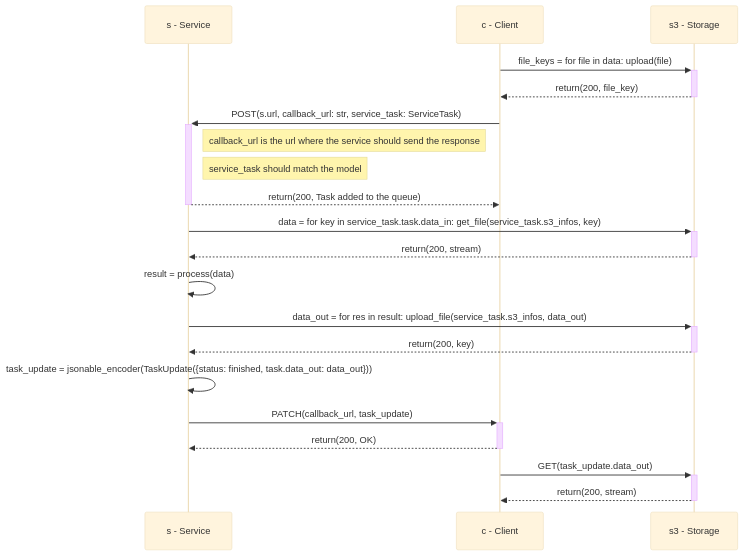
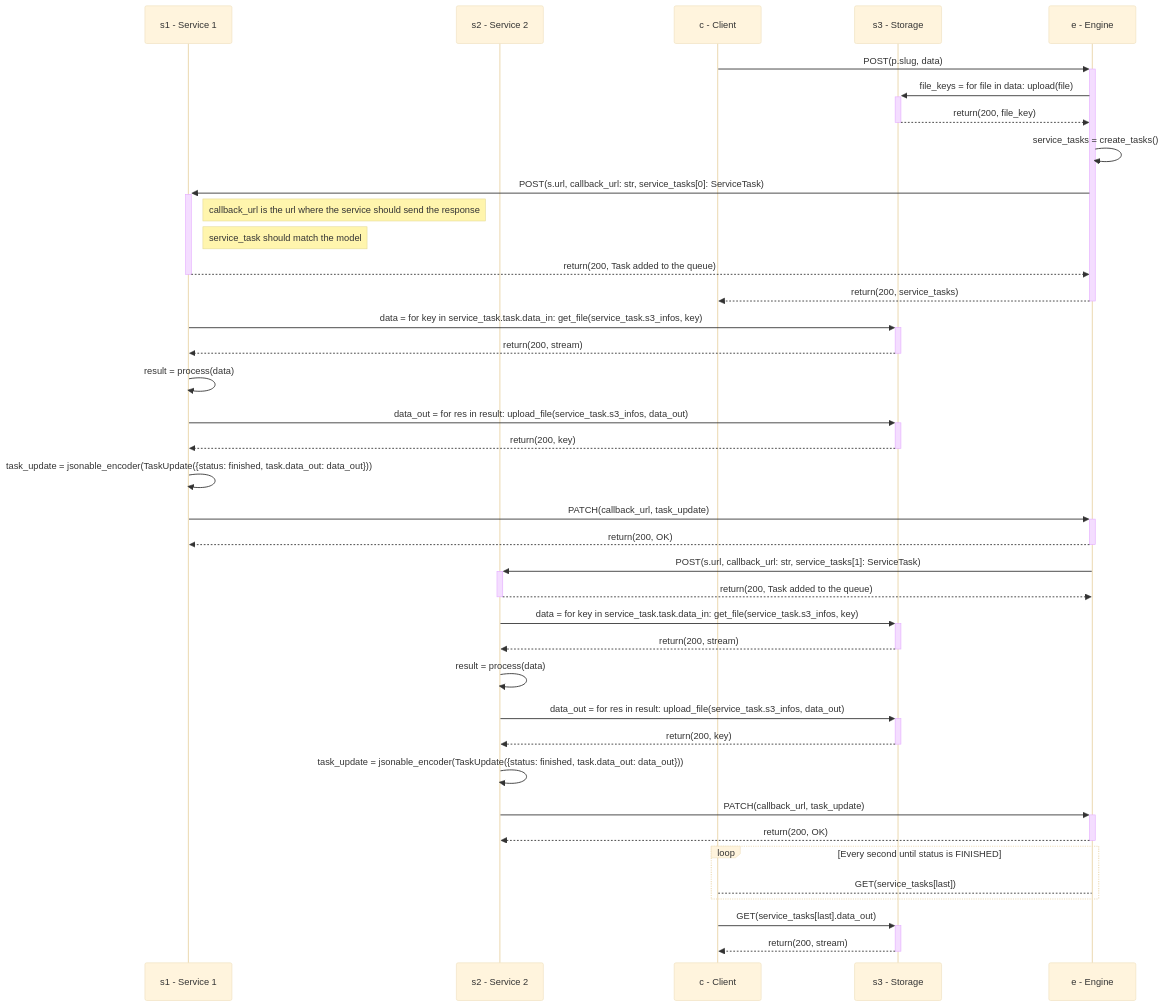
The diagram in docs/reference/pipeline.md (swiss-ai-center/core-engine), drawn with Mermaid (base theme) before and after one commit. The commit also changed other lines of this file and 2 other files, not shown here.

````diff
--- a/docs/reference/pipeline.md
+++ b/docs/reference/pipeline.md
@@ -14,22 +14,40 @@
 ```mermaid
 sequenceDiagram
-    participant S as s - Service
+    participant S1 as s1 - Service 1
+    participant S2 as s2 - Service 2
     participant C as c - Client
     participant S3 as s3 - Storage
-    C->>+S3: file_keys = for file in data: upload(file)
-    S3-->>-C: return(200, file_key)
-    C->>+S: POST(s.url, callback_url: str, service_task: ServiceTask)
-    Note right of S: callback_url is the url where the service should send the response
-    Note right of S: service_task should match the model
-    S-->>-C: return(200, Task added to the queue)
-    S->>+S3: data = for key in service_task.task.data_in: get_file(service_task.s3_infos, key)
-    S3-->>-S: return(200, stream)
-    S->>S: result = process(data)
-    S->>+S3: data_out = for res in result: upload_file(service_task.s3_infos, data_out)
-    S3-->>-S: return(200, key)
-    S->>S: task_update = jsonable_encoder(TaskUpdate({status: finished, task.data_out: data_out}))
-    S->>+C: PATCH(callback_url, task_update)
-    C-->>-S: return(200, OK)
-    C->>+S3: GET(task_update.data_out)
+    participant E as e - Engine
+    C->>+E: POST(p.slug, data)
+    E->>+S3: file_keys = for file in data: upload(file)
+    S3-->>-E: return(200, file_key)
+    E->>E: service_tasks = create_tasks()
+    E->>+S1: POST(s.url, callback_url: str, service_tasks[0]: ServiceTask)
+    Note right of S1: callback_url is the url where the service should send the response
+    Note right of S1: service_task should match the model
+    S1-->>-E: return(200, Task added to the queue)
+    E-->>-C: return(200, service_tasks)
+    S1->>+S3: data = for key in service_task.task.data_in: get_file(service_task.s3_infos, key)
+    S3-->>-S1: return(200, stream)
+    S1->>S1: result = process(data)
+    S1->>+S3: data_out = for res in result: upload_file(service_task.s3_infos, data_out)
+    S3-->>-S1: return(200, key)
+    S1->>S1: task_update = jsonable_encoder(TaskUpdate({status: finished, task.data_out: data_out}))
+    S1->>+E: PATCH(callback_url, task_update)
+    E-->>-S1: return(200, OK)
+    E->>+S2: POST(s.url, callback_url: str, service_tasks[1]: ServiceTask)
+    S2-->>-E: return(200, Task added to the queue)
+    S2->>+S3: data = for key in service_task.task.data_in: get_file(service_task.s3_infos, key)
+    S3-->>-S2: return(200, stream)
+    S2->>S2: result = process(data)
+    S2->>+S3: data_out = for res in result: upload_file(service_task.s3_infos, data_out)
+    S3-->>-S2: return(200, key)
+    S2->>S2: task_update = jsonable_encoder(TaskUpdate({status: finished, task.data_out: data_out}))
+    S2->>+E: PATCH(callback_url, task_update)
+    E-->>-S2: return(200, OK)
+    loop Every second until status is FINISHED
+        C-->E: GET(service_tasks[last])
+    end
+    C->>+S3: GET(service_tasks[last].data_out)
     S3-->>-C: return(200, stream)
 ```
````
